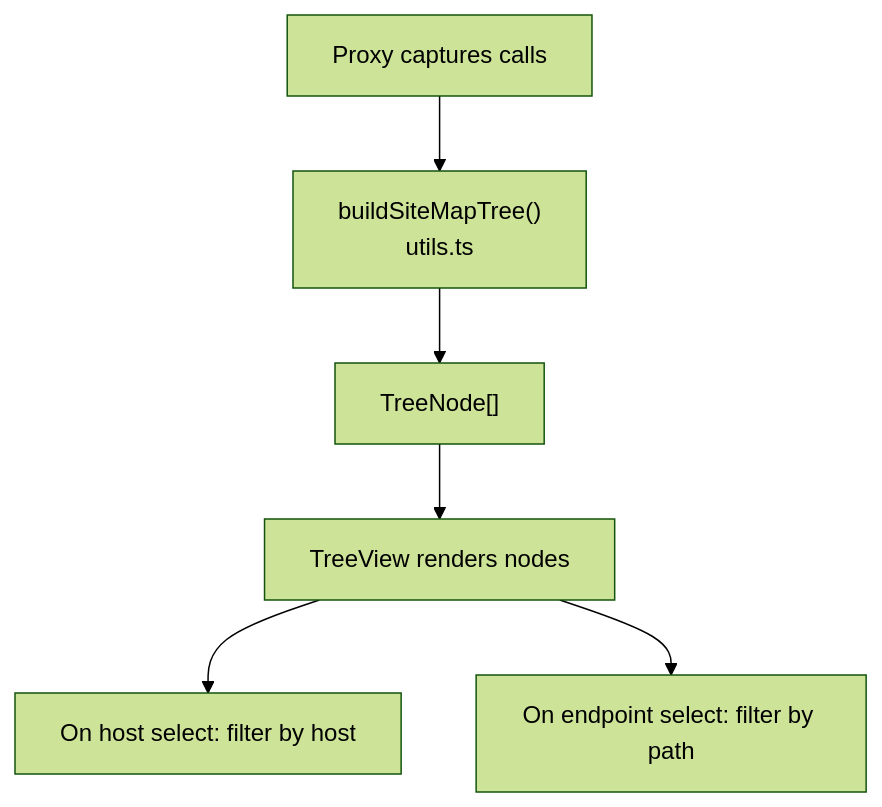
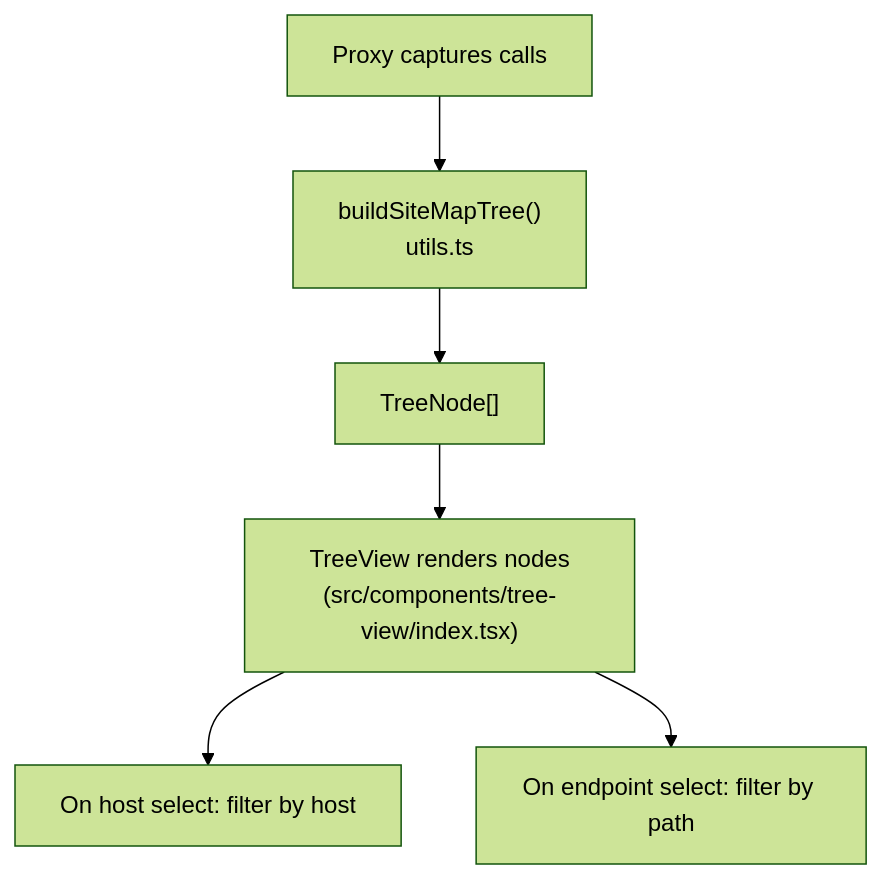
Before and after one commit to arhamymr/hexbuffer: the sixth of 8 diagrams in .qoder/repowiki/en/content/Live Traffic Analysis/Live Traffic Analysis.md, drawn with Mermaid (forest theme). The commit also changed other lines of this file and 21 other files, not shown here.

````diff
--- a/.qoder/repowiki/en/content/Live Traffic Analysis/Live Traffic Analysis.md
+++ b/.qoder/repowiki/en/content/Live Traffic Analysis/Live Traffic Analysis.md
@@ -276,8 +315,8 @@
 ```mermaid
 flowchart TD
 Capture["Proxy captures calls"] --> BuildTree["buildSiteMapTree()<br/>utils.ts"]
 BuildTree --> TreeNodes["TreeNode[]"]
-TreeNodes --> Render["TreeView renders nodes"]
+TreeNodes --> Render["TreeView renders nodes<br/>(src/components/tree-view/index.tsx)"]
 Render --> SelectHost["On host select: filter by host"]
 Render --> SelectEndpoint["On endpoint select: filter by path"]
 ```
````
